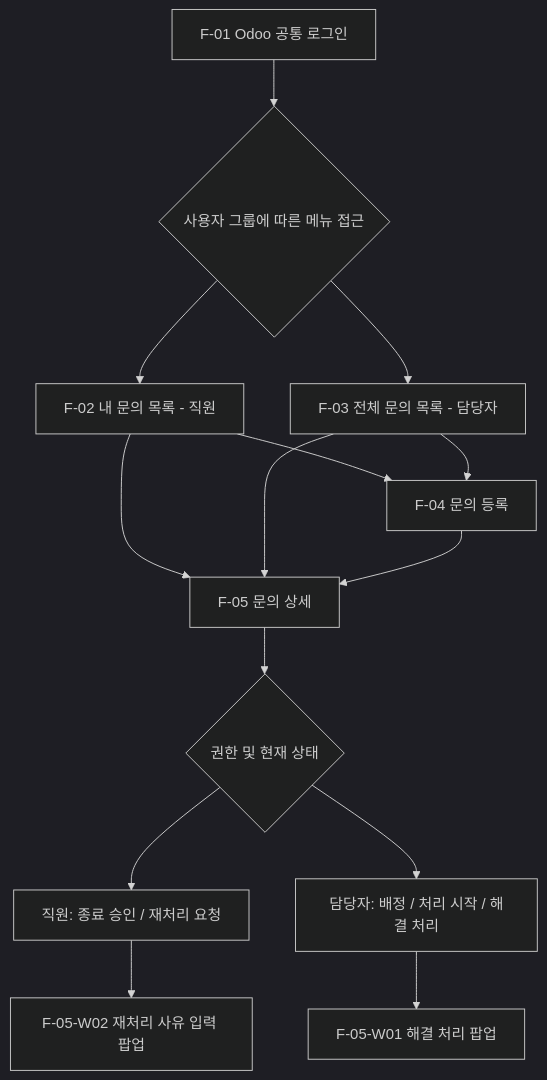
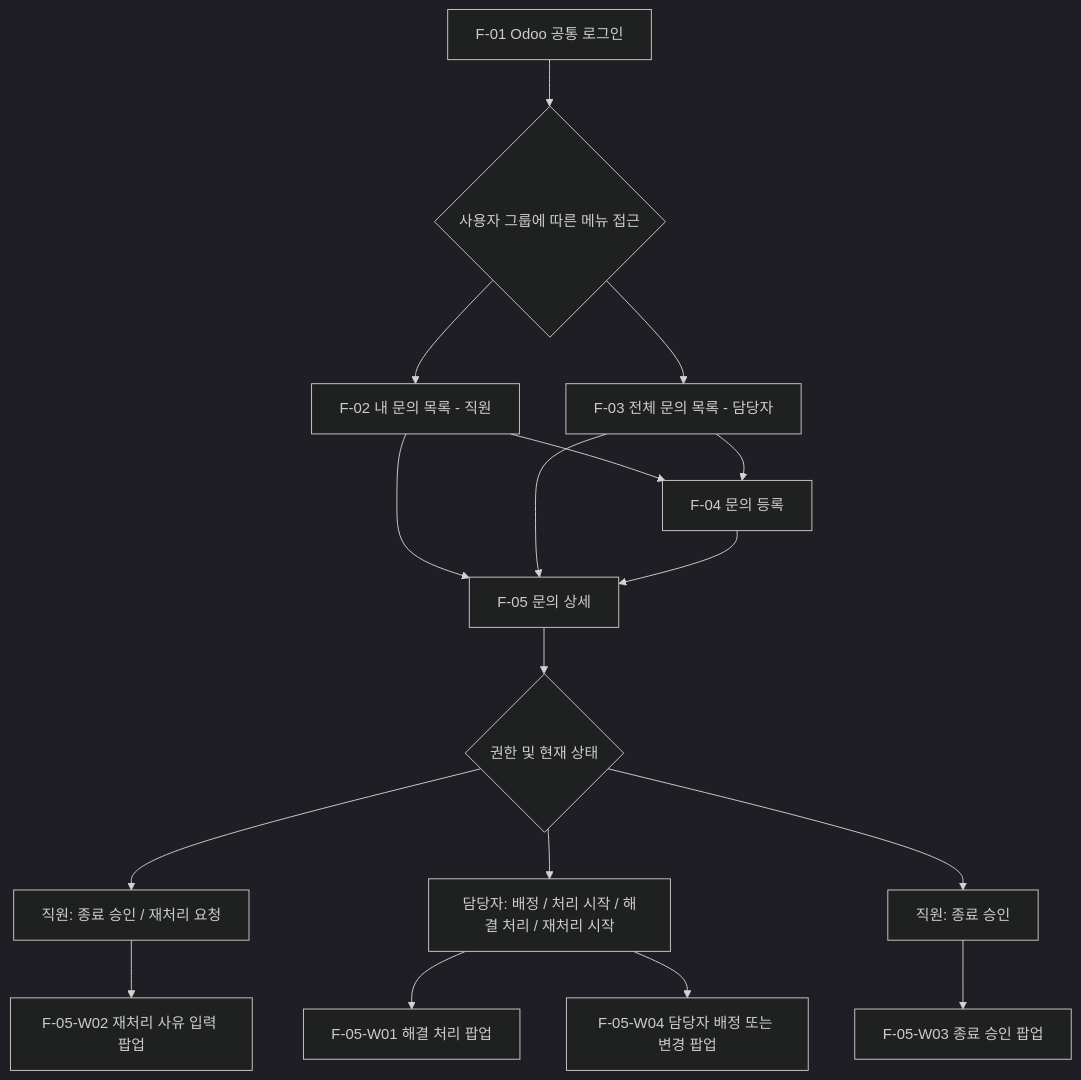
The diagram in docs/screen-design.md (SeongMin-089/IT-Helpdesk), drawn with Mermaid (dark theme) before and after one commit. The commit also changed other lines of this file and 2 other files, not shown here.

Commit message:
docs: update requirements, screen design, and ERD

````diff
--- a/docs/screen-design.md
+++ b/docs/screen-design.md
@@ -8,16 +8,19 @@
 ```mermaid
 flowchart TD
     A[F-01 Odoo 공통 로그인] --> B{사용자 그룹에 따른 메뉴 접근}
     B --> C[F-02 내 문의 목록 - 직원]
     B --> D[F-03 전체 문의 목록 - 담당자]
     C --> E[F-04 문의 등록]
     D --> E
     C --> F[F-05 문의 상세]
     D --> F
     E --> F
     F --> G{권한 및 현재 상태}
     G --> H[직원: 종료 승인 / 재처리 요청]
-    G --> I[담당자: 배정 / 처리 시작 / 해결 처리]
+    G --> I[담당자: 배정 / 처리 시작 / 해결 처리 / 재처리 시작]
     I --> J[F-05-W01 해결 처리 팝업]
     H --> K[F-05-W02 재처리 사유 입력 팝업]
+    G --> L[직원: 종료 승인]
+    L --> M[F-05-W03 종료 승인 팝업]
+    I --> N[F-05-W04 담당자 배정 또는 변경 팝업]
 ```
````
